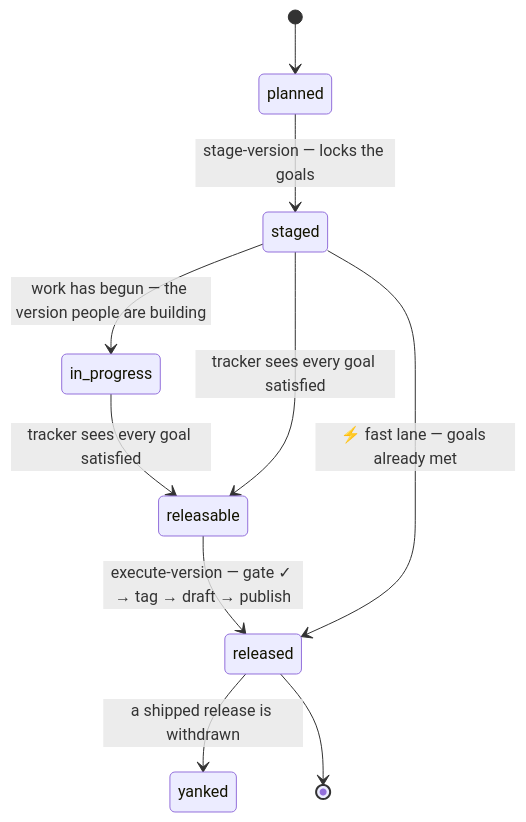
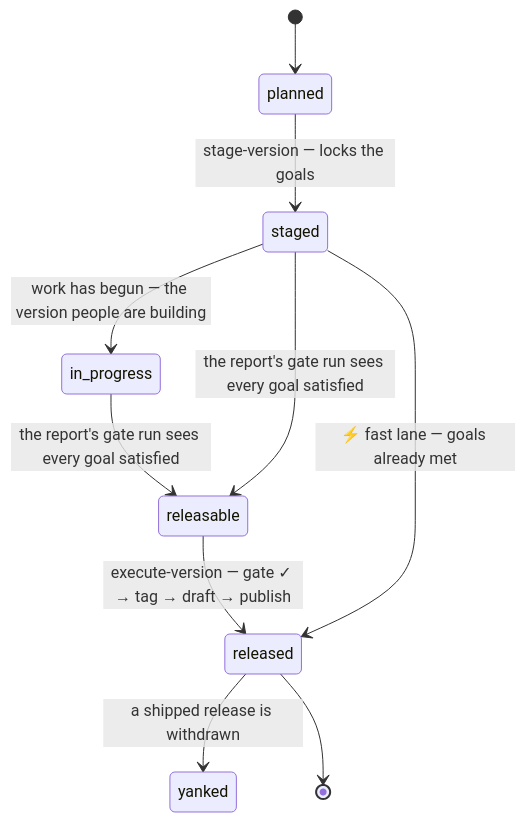
The diagram in 70-operations/staging.md (lemonfiber/spec), drawn with Mermaid before and after one commit. The commit also changed other lines of this file and 3 other files, not shown here.

````diff
--- a/70-operations/staging.md
+++ b/70-operations/staging.md
@@ -60,12 +60,12 @@
 ```mermaid
 stateDiagram-v2
     [*] --> planned
     planned --> staged: stage-version — locks the goals
     staged --> in_progress: work has begun — the version people are building
-    in_progress --> releasable: tracker sees every goal satisfied
-    staged --> releasable: tracker sees every goal satisfied
+    in_progress --> releasable: the report's gate run sees every goal satisfied
+    staged --> releasable: the report's gate run sees every goal satisfied
     releasable --> released: execute-version — gate ✓ → tag → draft → publish
     staged --> released: ⚡ fast lane — goals already met
     released --> yanked: a shipped release is withdrawn
     released --> [*]
 ```
````
